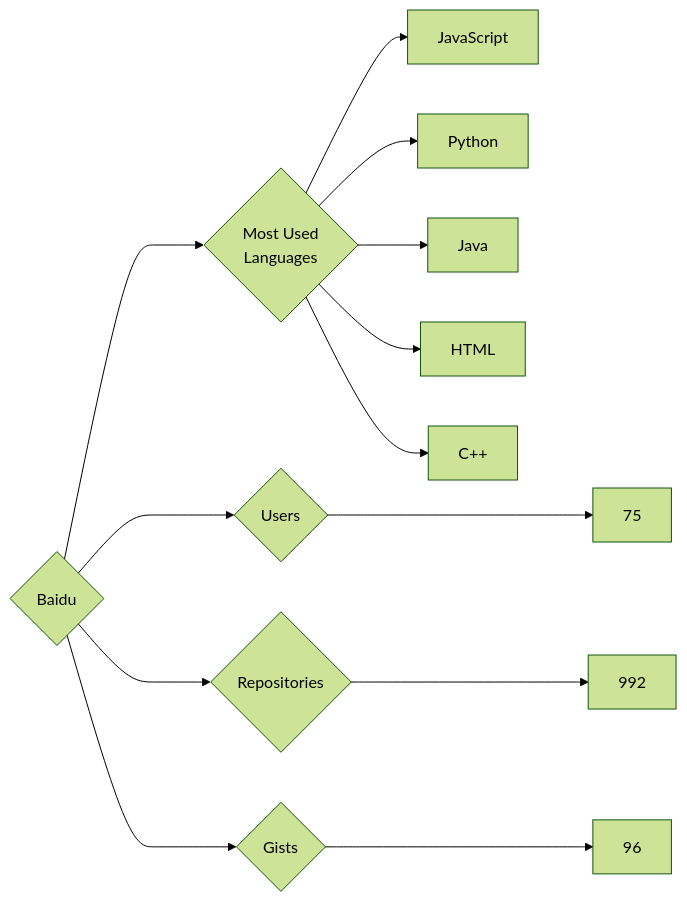
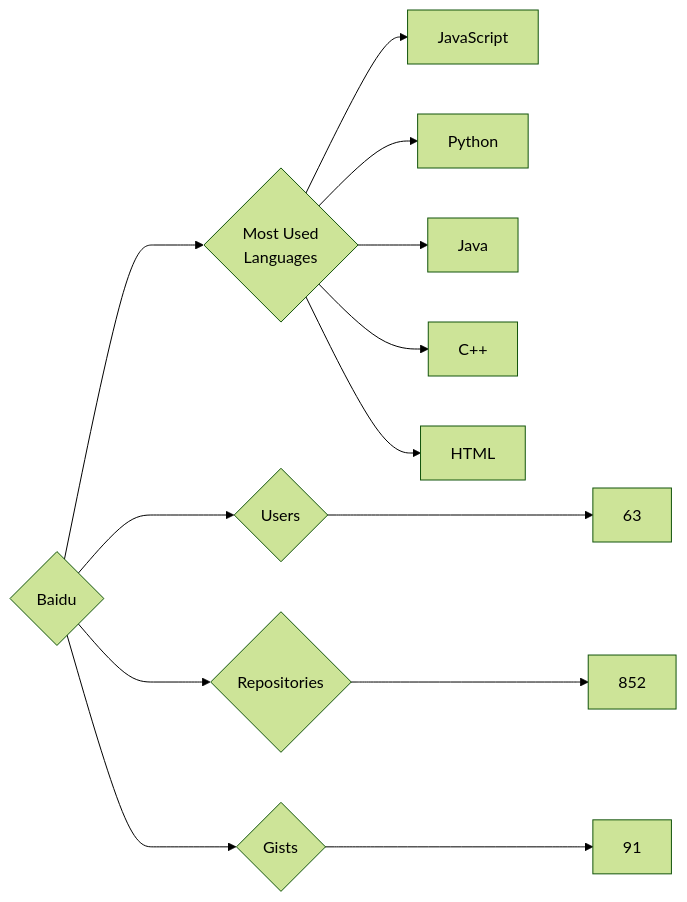
The diagram in targets/Baidu/README.md (trickest/insiders), drawn with Mermaid (forest theme) before and after one commit. The commit also changed 998 other files, not shown here.

````diff
--- a/targets/Baidu/README.md
+++ b/targets/Baidu/README.md
@@ -3,13 +3,13 @@
 ```mermaid
 graph LR
 COMPANY_NAME{Baidu}
-COMPANY_NAME ---> U{Users} ---> UN[75]
-COMPANY_NAME ---> R{Repositories} ---> RN[992]
-COMPANY_NAME ---> G{Gists} ---> GN[96]
+COMPANY_NAME ---> U{Users} ---> UN[63]
+COMPANY_NAME ---> R{Repositories} ---> RN[852]
+COMPANY_NAME ---> G{Gists} ---> GN[91]
 COMPANY_NAME ---> ML{Most Used<br>Languages}
 ML --> JavaScript[JavaScript]
 ML --> Python[Python]
 ML --> Java[Java]
+ML --> C++[C++]
 ML --> HTML[HTML]
-ML --> C++[C++]
 ```
````
